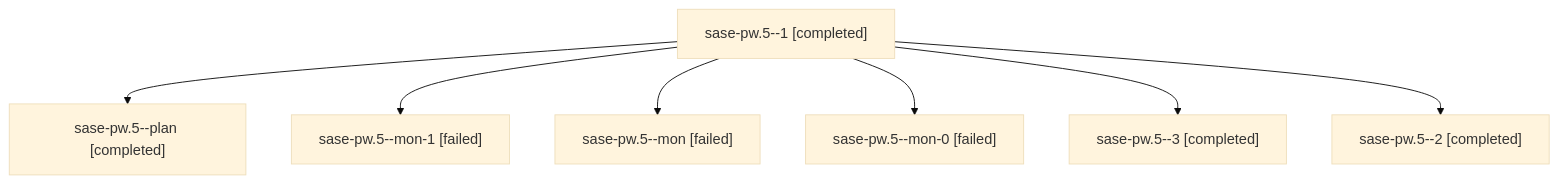
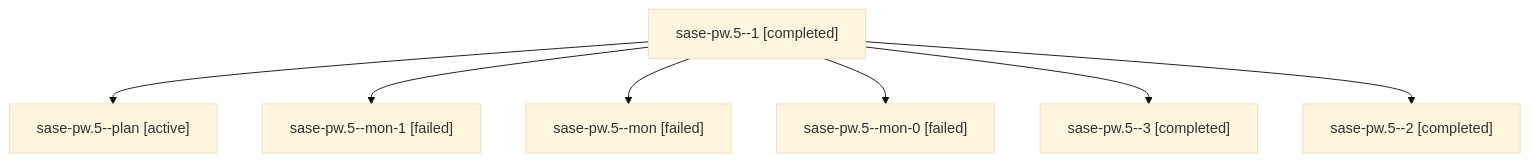
The diagram in families/bbugyi200.athena.sase-pw.5.md (sase-org/sase--agents), drawn with Mermaid (base theme) before and after one commit. The commit also changed other lines of this file and 35830 other files, not shown here.

````diff
--- a/families/bbugyi200.athena.sase-pw.5.md
+++ b/families/bbugyi200.athena.sase-pw.5.md
@@ -9,16 +9,16 @@
 ```mermaid
 flowchart TD
   n0["sase-pw.5--1 [completed]"]
-  n1["sase-pw.5--plan [completed]"]
+  n1["sase-pw.5--plan [active]"]
   n0 --> n1
   n2["sase-pw.5--mon-1 [failed]"]
   n0 --> n2
   n3["sase-pw.5--mon [failed]"]
   n0 --> n3
   n4["sase-pw.5--mon-0 [failed]"]
   n0 --> n4
   n5["sase-pw.5--3 [completed]"]
   n0 --> n5
   n6["sase-pw.5--2 [completed]"]
   n0 --> n6
 ```
````
